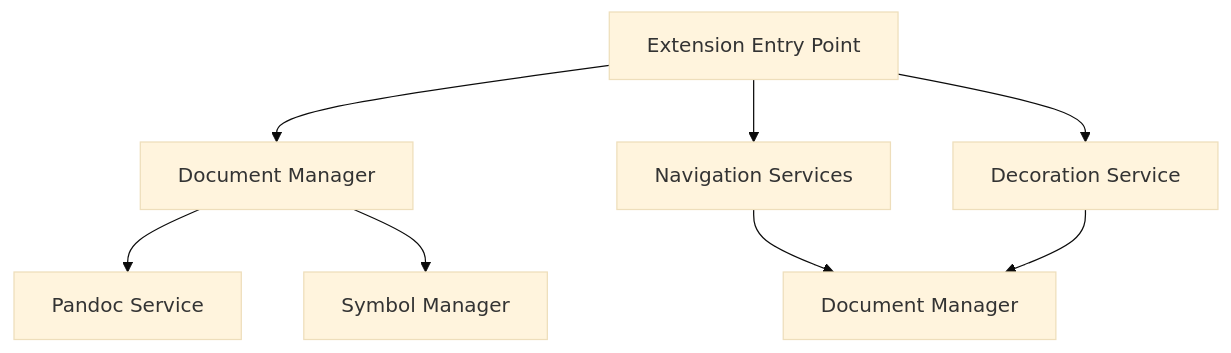
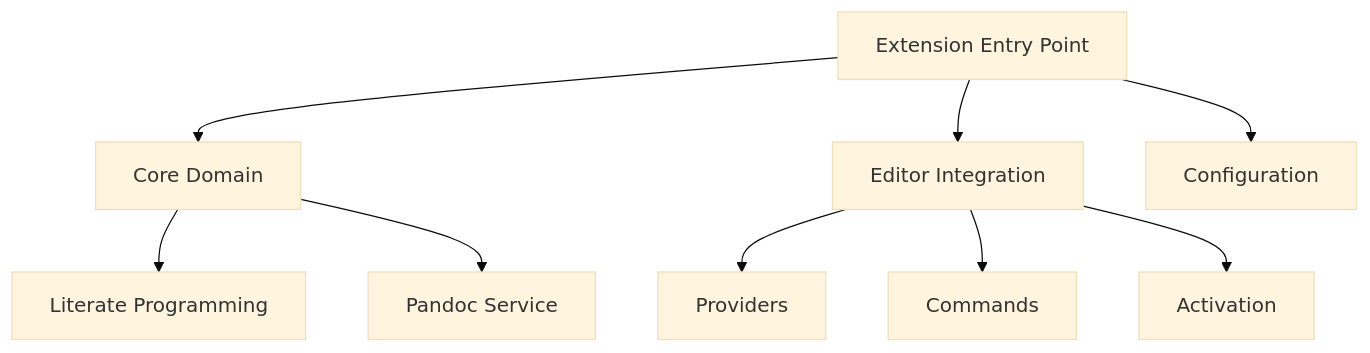
The diagram in DESIGN.md (deephbz/entangled-vscode), drawn with Mermaid (base theme) before and after one commit. The commit also changed other lines of this file and 1 other file, not shown here.

````diff
--- a/DESIGN.md
+++ b/DESIGN.md
@@ -18,10 +18,11 @@
 ```mermaid
 graph TD
-    A[Extension Entry Point] --> B[Document Manager]
-    A --> C[Navigation Services]
-    A --> D[Decoration Service]
-    B --> E[Pandoc Service]
-    C --> F[Document Manager]
-    D --> F
-    B --> G[Symbol Manager]
+    A[Extension Entry Point] --> B[Core Domain]
+    A --> C[Editor Integration]
+    A --> D[Configuration]
+    B --> E[Literate Programming]
+    B --> F[Pandoc Service]
+    C --> G[Providers]
+    C --> H[Commands]
+    C --> I[Activation]
 ```
````
